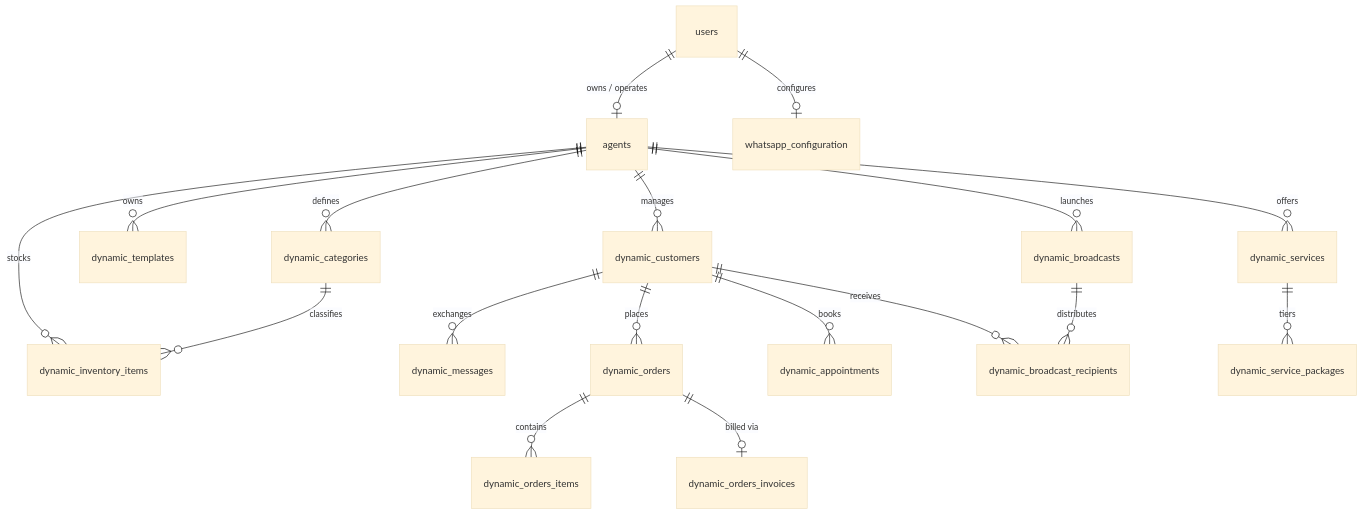
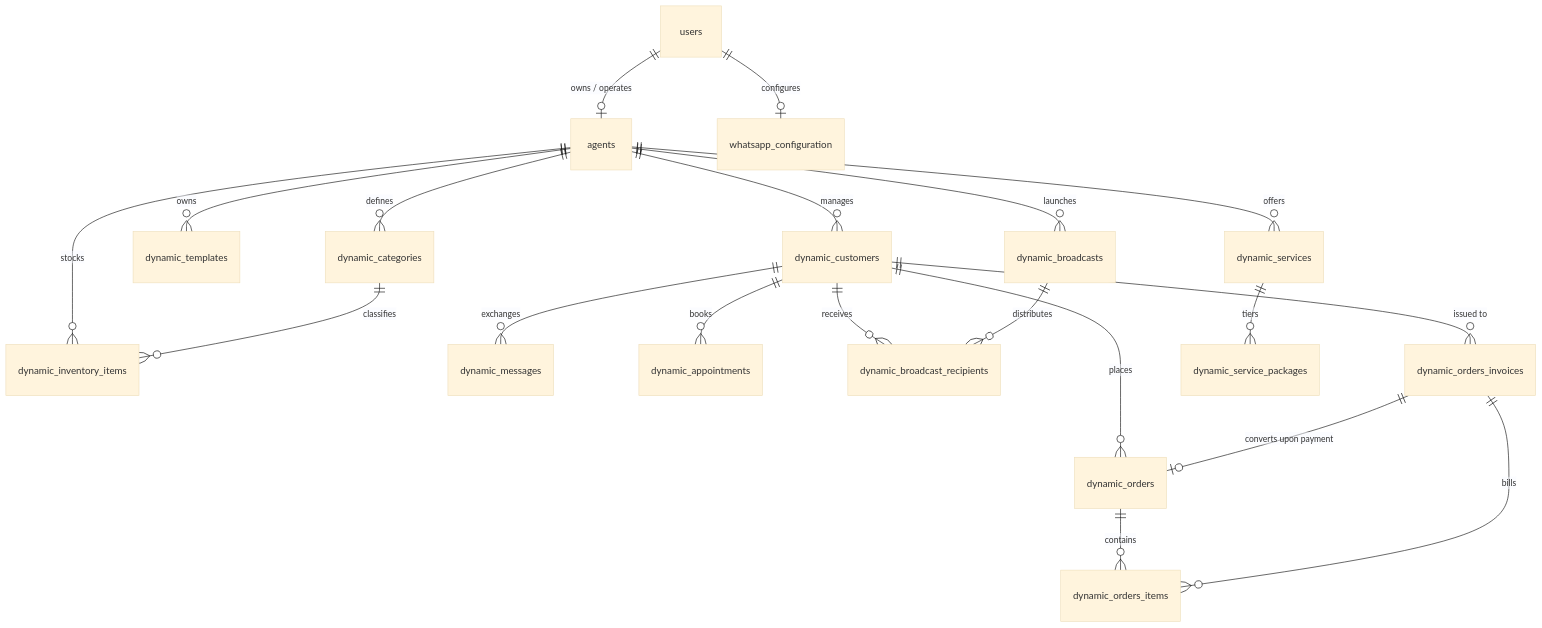
Before and after one commit to thameeshasirimanna-dev/whatsbi: the diagram in docs/database-architecture.md, drawn with Mermaid (base theme). The commit also changed other lines of this file and 90 other files, not shown here.

````diff
--- a/docs/database-architecture.md
+++ b/docs/database-architecture.md
@@ -38,23 +38,25 @@
 ```mermaid
 erDiagram
     users ||--o| agents : "owns / operates"
     users ||--o| whatsapp_configuration : "configures"
     agents ||--o{ dynamic_customers : "manages"
     agents ||--o{ dynamic_templates : "owns"
     agents ||--o{ dynamic_categories : "defines"
     agents ||--o{ dynamic_inventory_items : "stocks"
     agents ||--o{ dynamic_services : "offers"
     agents ||--o{ dynamic_broadcasts : "launches"
 
     dynamic_customers ||--o{ dynamic_messages : "exchanges"
     dynamic_customers ||--o{ dynamic_orders : "places"
     dynamic_customers ||--o{ dynamic_appointments : "books"
     dynamic_customers ||--o{ dynamic_broadcast_recipients : "receives"
 
+    dynamic_customers ||--o{ dynamic_orders_invoices : "issued to"
+    dynamic_orders_invoices ||--o| dynamic_orders : "converts upon payment"
     dynamic_orders ||--o{ dynamic_orders_items : "contains"
-    dynamic_orders ||--o| dynamic_orders_invoices : "billed via"
+    dynamic_orders_invoices ||--o{ dynamic_orders_items : "bills"
 
     dynamic_categories ||--o{ dynamic_inventory_items : "classifies"
     dynamic_services ||--o{ dynamic_service_packages : "tiers"
     dynamic_broadcasts ||--o{ dynamic_broadcast_recipients : "distributes"
 ```
````
